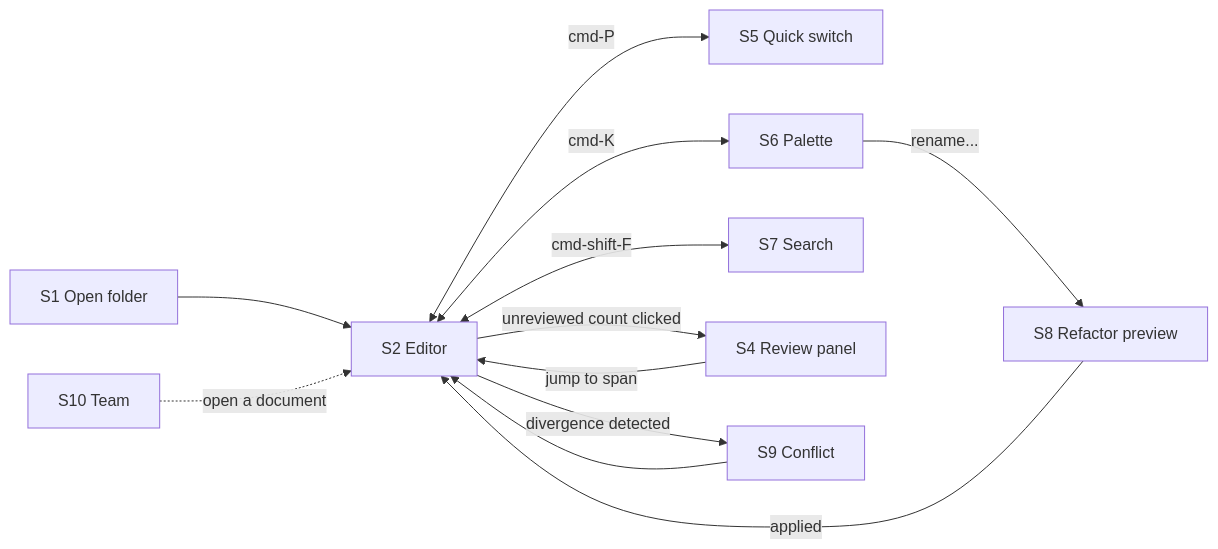
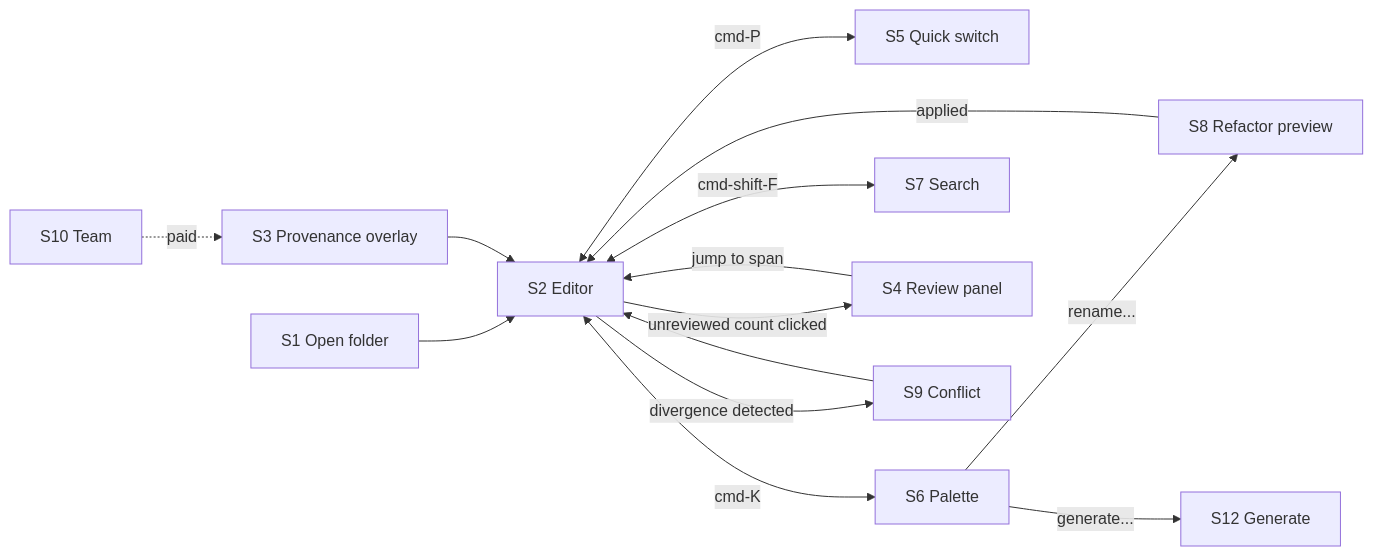
One commit to studiozephyrus/frontmatter changed the fifth of 8 diagrams in docs/PRODUCT-BRIEF.md. Above: the diagram before and after it, drawn with Mermaid. The commit also changed other lines of this file and 1 other file, not shown here.

````diff
--- a/docs/PRODUCT-BRIEF.md
+++ b/docs/PRODUCT-BRIEF.md
@@ -860,14 +538,16 @@
 ```mermaid
 flowchart LR
   S1["S1 Open folder"] --> S2["S2 Editor"]
   S2 <-->|"cmd-P"| S5["S5 Quick switch"]
   S2 <-->|"cmd-K"| S6["S6 Palette"]
   S2 <-->|"cmd-shift-F"| S7["S7 Search"]
   S2 -->|"unreviewed count clicked"| S4["S4 Review panel"]
   S4 -->|"jump to span"| S2
   S6 -->|"rename..."| S8["S8 Refactor preview"]
+  S6 -->|"generate..."| S12["S12 Generate"]
   S8 -->|"applied"| S2
   S2 -->|"divergence detected"| S9["S9 Conflict"]
   S9 --> S2
-  S10["S10 Team"] -.->|"open a document"| S2
+  S10["S10 Team"] -.->|"paid"| S3["S3 Provenance overlay"]
+  S3 --> S2
 ```
````
